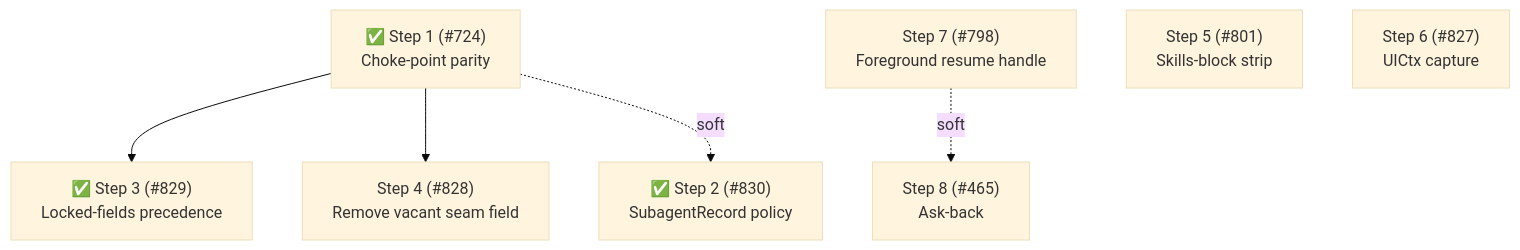
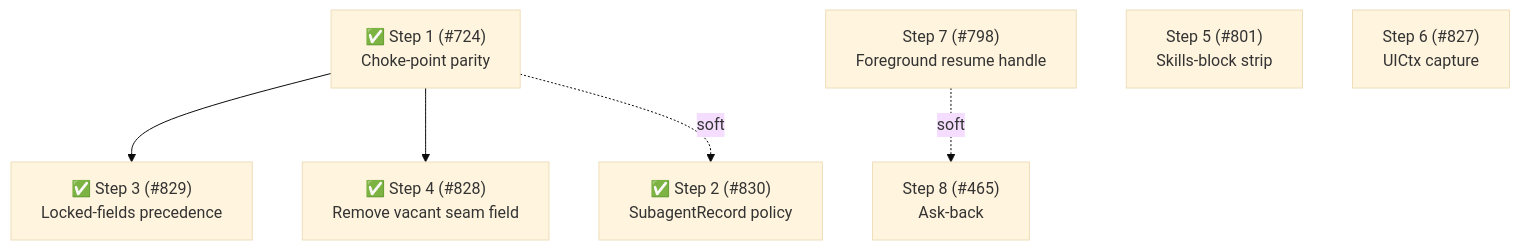
Before and after one commit to gotgenes/pi-packages: the sixth of 6 diagrams in packages/pi-subagents/docs/architecture/architecture.md, drawn with Mermaid (base theme). The commit also changed other lines of this file and 1 other file, not shown here.

Commit message:
docs(pi-subagents): record the vacant-seam-field removal (#828)

````diff
--- a/packages/pi-subagents/docs/architecture/architecture.md
+++ b/packages/pi-subagents/docs/architecture/architecture.md
@@ -922,9 +928,9 @@
 ```mermaid
 flowchart TD
     S1["✅ Step 1 (#724)<br/>Choke-point parity"] --> S3["✅ Step 3 (#829)<br/>Locked-fields precedence"]
-    S1 --> S4["Step 4 (#828)<br/>Remove vacant seam field"]
+    S1 --> S4["✅ Step 4 (#828)<br/>Remove vacant seam field"]
     S1 -.soft.-> S2["✅ Step 2 (#830)<br/>SubagentRecord policy"]
     S7["Step 7 (#798)<br/>Foreground resume handle"] -.soft.-> S8["Step 8 (#465)<br/>Ask-back"]
     S5["Step 5 (#801)<br/>Skills-block strip"]
     S6["Step 6 (#827)<br/>UICtx capture"]
 ```
````
